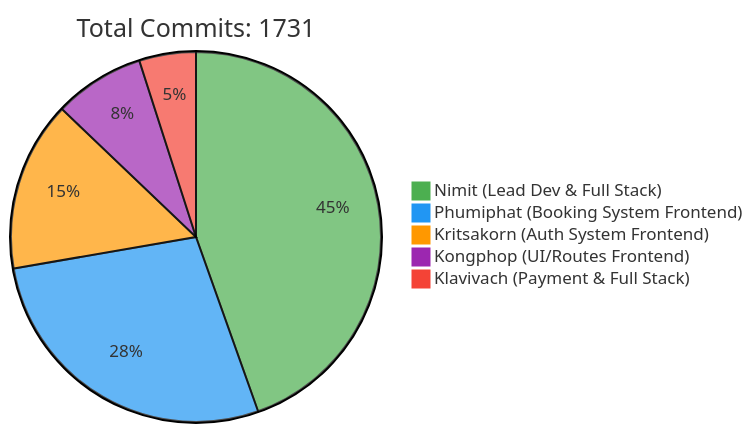
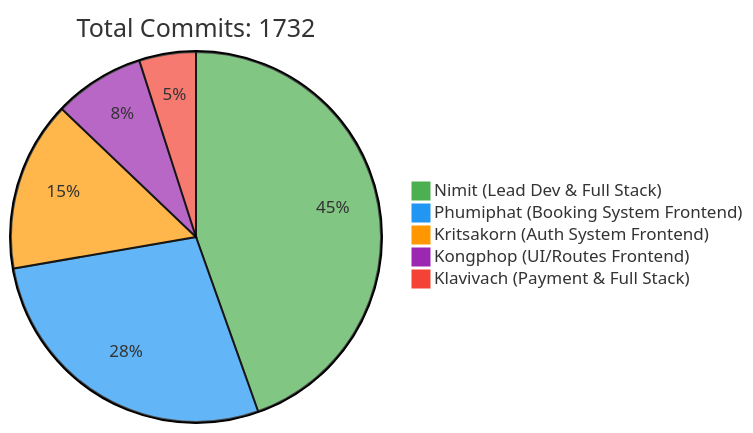
The first of 2 diagrams in README.md (6531503042/Sport-Complex), drawn with Mermaid before and after one commit. The commit also changed other lines of this file, not shown here.

Commit message:
docs: Update contributor statistics [skip ci]

````diff
--- a/README.md
+++ b/README.md
@@ -257,10 +257,10 @@
 ```mermaid
 %%{init: {'theme': 'base', 'themeVariables': { 'pie1': '#4CAF50', 'pie2': '#2196F3', 'pie3': '#FF9800', 'pie4': '#9C27B0', 'pie5': '#F44336'}}}%%
 pie
-    title Total Commits: 1731
+    title Total Commits: 1732
     "Nimit (Lead Dev & Full Stack)" : 450
     "Phumiphat (Booking System Frontend)" : 280
     "Kritsakorn (Auth System Frontend)" : 150
     "Kongphop (UI/Routes Frontend)" : 80
     "Klavivach (Payment & Full Stack)" : 50
 ```
````
